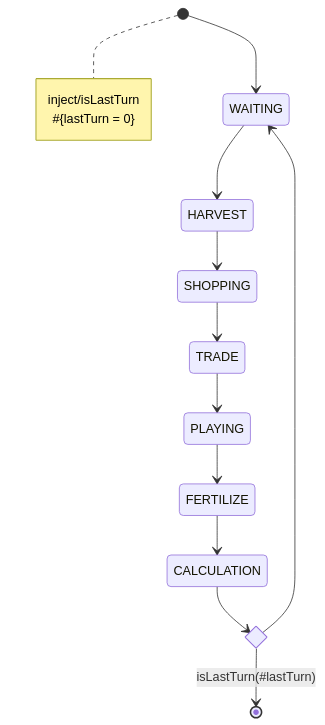
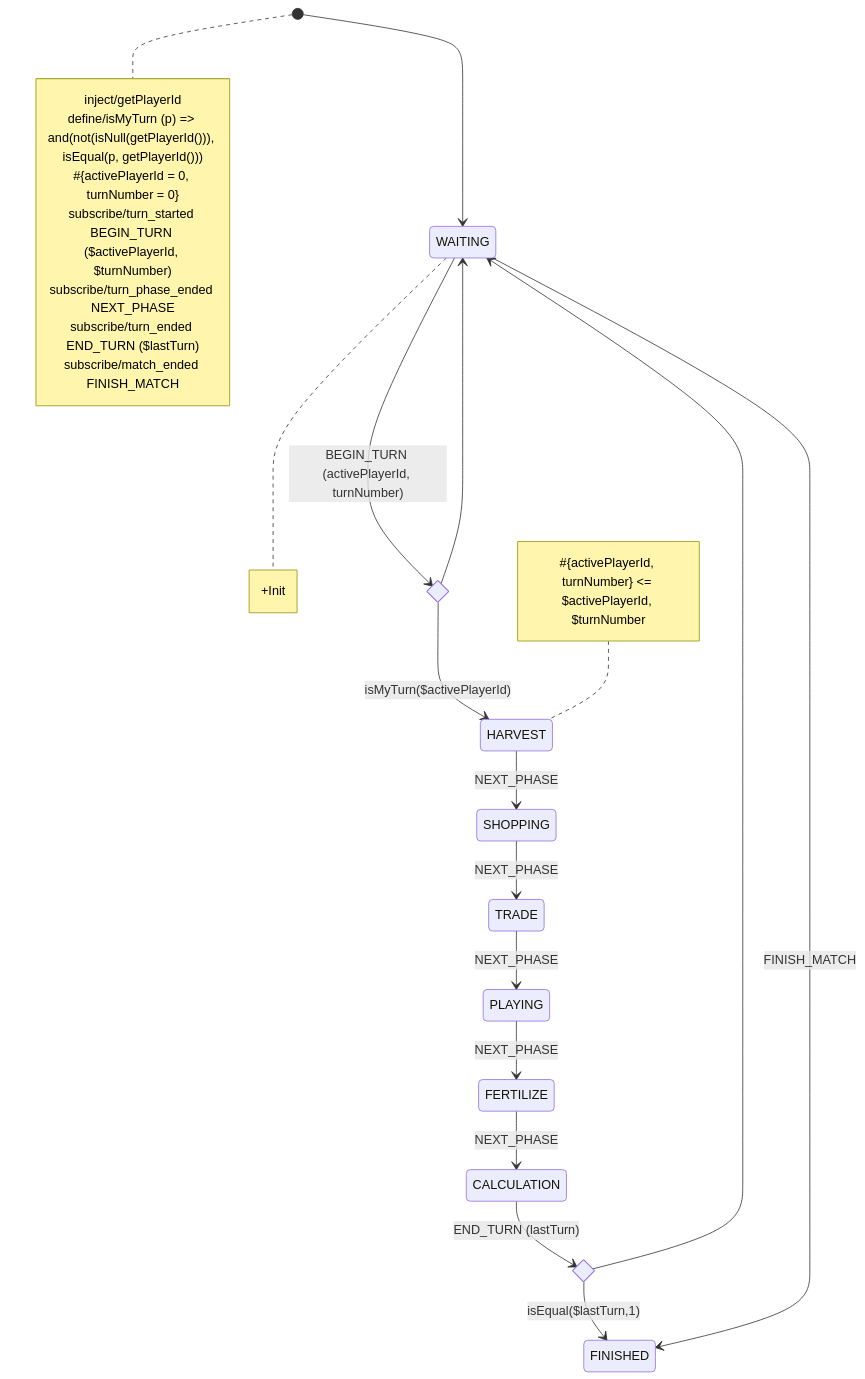
The diagram in src/shared/lib/fsm/diagrams/turnLoop.mermaid (tfcp68/battle-farm), drawn with Mermaid before and after one commit. The commit also changed 9 other files, not shown here.

```diff
--- a/src/shared/lib/fsm/diagrams/turnLoop.mermaid
+++ b/src/shared/lib/fsm/diagrams/turnLoop.mermaid
@@ -1,16 +1,34 @@
 stateDiagram-v2
     [*] --> WAITING
-    note right of [*]
-        inject/isLastTurn
-        #{lastTurn = 0}
-    end note
-    WAITING --> HARVEST
-    HARVEST --> SHOPPING
-    SHOPPING --> TRADE
-    TRADE --> PLAYING
-    PLAYING --> FERTILIZE
-    FERTILIZE --> CALCULATION
+    state isMyTurn <<choice>>
+    WAITING --> isMyTurn: BEGIN_TURN (activePlayerId, turnNumber)
+    isMyTurn --> HARVEST: isMyTurn($activePlayerId)
+    isMyTurn --> WAITING
+    HARVEST --> SHOPPING: NEXT_PHASE
+    SHOPPING --> TRADE: NEXT_PHASE
+    TRADE --> PLAYING: NEXT_PHASE
+    PLAYING --> FERTILIZE: NEXT_PHASE
+    FERTILIZE --> CALCULATION: NEXT_PHASE
     state isLastTurn <<choice>>
-    CALCULATION --> isLastTurn
-    isLastTurn --> [*]: isLastTurn(#lastTurn)
+    CALCULATION --> isLastTurn: END_TURN (lastTurn)
+    isLastTurn --> FINISHED: isEqual($lastTurn,1)
     isLastTurn --> WAITING
+    WAITING --> FINISHED: FINISH_MATCH
+
+note right of WAITING
++Init
+end note
+
+note right of [*]
+inject/getPlayerId
+define/isMyTurn (p) => and(not(isNull(getPlayerId())), isEqual(p, getPlayerId()))
+#{activePlayerId = 0, turnNumber = 0}
+subscribe/turn_started BEGIN_TURN ($activePlayerId, $turnNumber)
+subscribe/turn_phase_ended NEXT_PHASE
+subscribe/turn_ended END_TURN ($lastTurn)
+subscribe/match_ended FINISH_MATCH
+end note
+
+note left of HARVEST
+#{activePlayerId, turnNumber} <= $activePlayerId, $turnNumber
+end note
```
